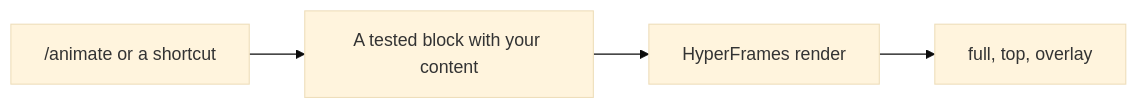
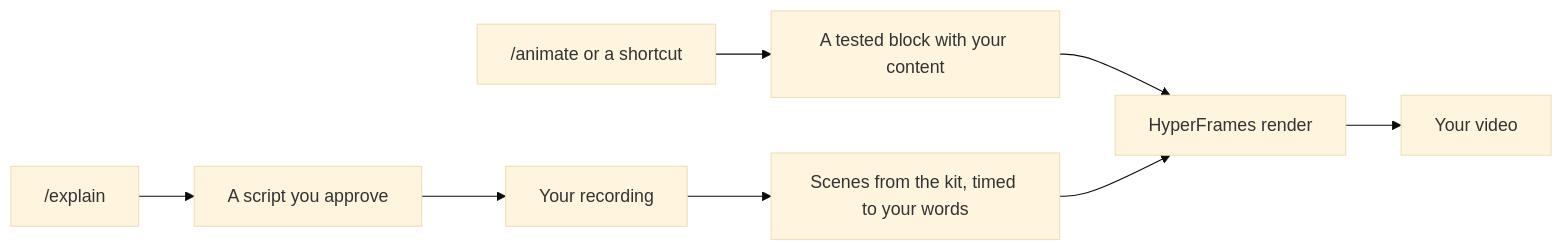
One commit to ctskool/chase-animations changed the diagram in README.md. Above: the diagram before and after it, drawn with Mermaid (base theme). The commit also changed other lines of this file and 109 other files, not shown here.

````diff
--- a/README.md
+++ b/README.md
@@ -311,6 +408,10 @@
 ```mermaid
 flowchart LR
   animate["/animate or a shortcut"] --> block["A tested block with your content"]
   block --> render["HyperFrames render"]
-  render --> outputs["full, top, overlay"]
+  explain["/explain"] --> script["A script you approve"]
+  script --> voice["Your recording"]
+  voice --> scenes["Scenes from the kit, timed to your words"]
+  scenes --> render
+  render --> video["Your video"]
 ```
````
